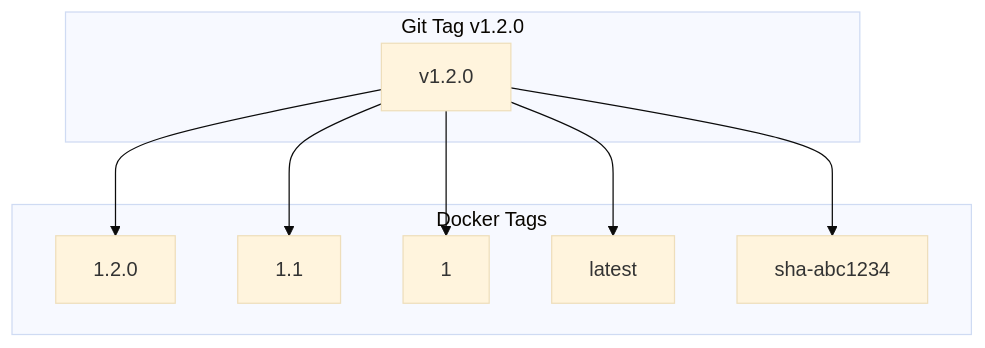
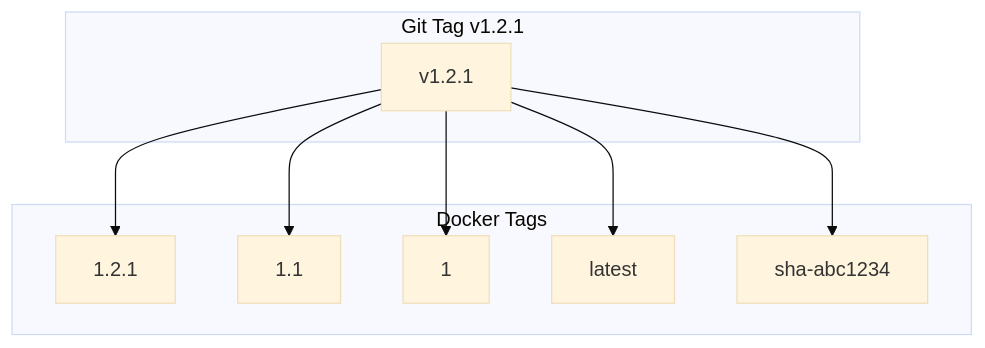
Before and after one commit to telemetryflow/telemetryflow-collector: the seventh of 13 diagrams in docs/GITHUB-WORKFLOWS.md, drawn with Mermaid (base theme). The commit also changed other lines of this file and 27 other files, not shown here.

````diff
--- a/docs/GITHUB-WORKFLOWS.md
+++ b/docs/GITHUB-WORKFLOWS.md
@@ -260,20 +260,20 @@
 ```mermaid
 flowchart TD
-    subgraph "Git Tag v1.2.0"
-        GT[v1.2.0]
+    subgraph "Git Tag v1.2.1"
+        GT[v1.2.1]
     end
 
     subgraph "Docker Tags"
-        T1[1.2.0]
+        T1[1.2.1]
         T2[1.1]
         T3[1]
         T4[latest]
         T5[sha-abc1234]
     end
 
     GT --> T1
     GT --> T2
     GT --> T3
     GT --> T4
     GT --> T5
 ```
````
